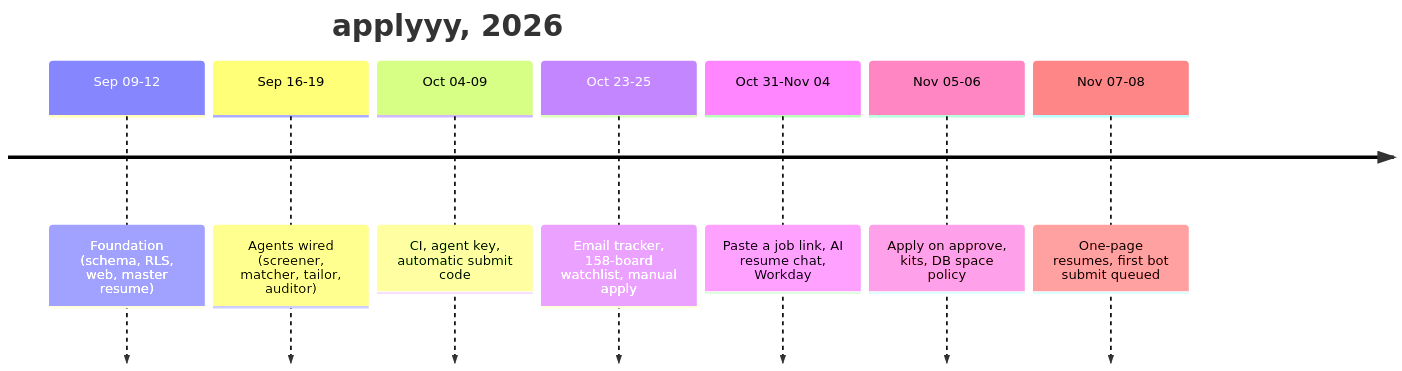
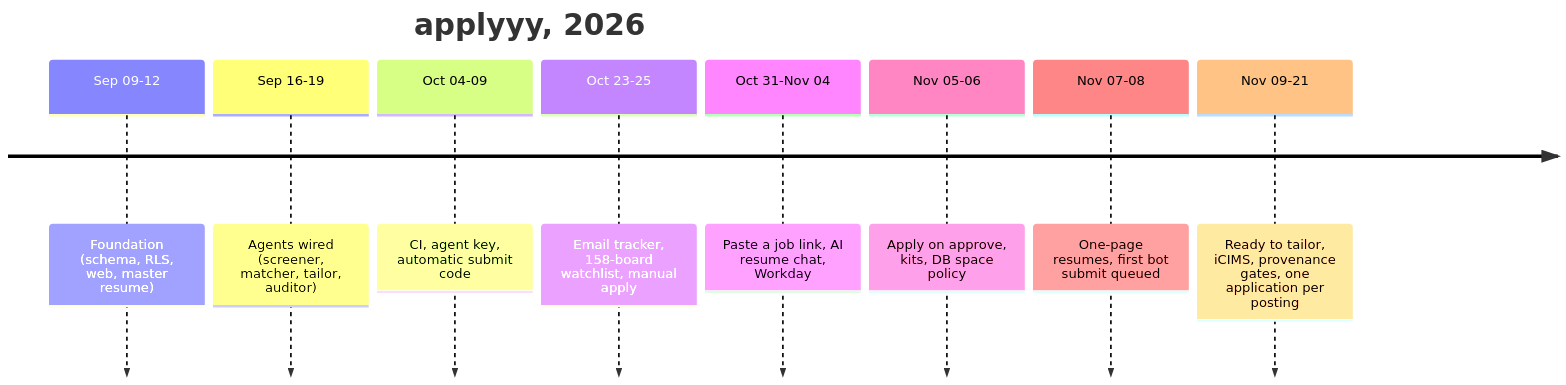
One commit to MallamTeja/applyyy changed the diagram in docs/product/history-timeline.md. Above: the diagram before and after it, drawn with Mermaid. The commit also changed other lines of this file and 136 other files, not shown here.

First line of the commit message:
feat: one-click Applied + fast duplicate lookup; no-description JD refetch cron; tailor one-shot re-ask; scout budget 16 min; docs cleanup + sync

````diff
--- a/docs/product/history-timeline.md
+++ b/docs/product/history-timeline.md
@@ -44,11 +45,12 @@
 ```mermaid
 timeline
     title applyyy, 2026
     Sep 09-12 : Foundation (schema, RLS, web, master resume)
     Sep 16-19 : Agents wired (screener, matcher, tailor, auditor)
     Oct 04-09 : CI, agent key, automatic submit code
     Oct 23-25 : Email tracker, 158-board watchlist, manual apply
     Oct 31-Nov 04 : Paste a job link, AI resume chat, Workday
     Nov 05-06 : Apply on approve, kits, DB space policy
     Nov 07-08 : One-page resumes, first bot submit queued
+    Nov 09-21 : Ready to tailor, iCIMS, provenance gates, one application per posting
 ```
````
